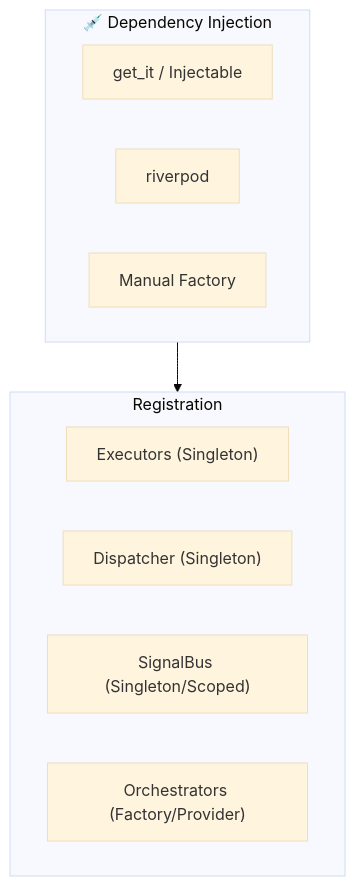
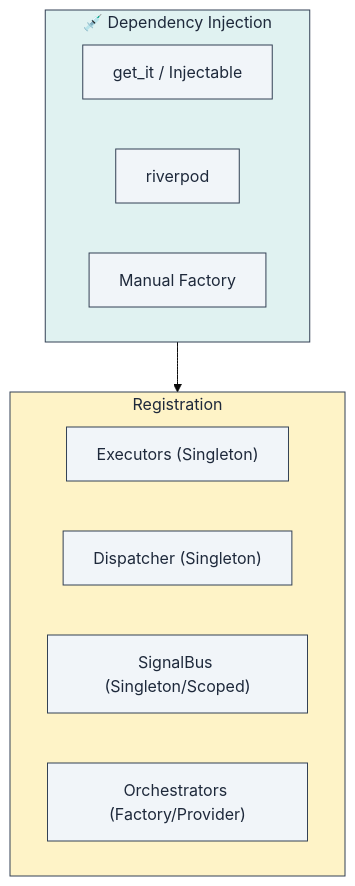
Before and after one commit to lploc94/flutter_orchestrator: the eighth of 14 diagrams in book/chapters/07_best_practices.md, drawn with Mermaid (base theme). The commit also changed other lines of this file and 4 other files, not shown here.

````diff
--- a/book/chapters/07_best_practices.md
+++ b/book/chapters/07_best_practices.md
@@ -199,17 +249,27 @@
 ```mermaid
 graph TB
     subgraph DI["💉 Dependency Injection"]
         GetIt["get_it / Injectable"]
         Riverpod["riverpod"]
         Manual["Manual Factory"]
     end
     
     subgraph Registration["Registration"]
         Exec["Executors (Singleton)"]
         Disp["Dispatcher (Singleton)"]
         Bus["SignalBus (Singleton/Scoped)"]
         Orch["Orchestrators (Factory/Provider)"]
     end
     
     DI --> Registration
+    
+    style DI fill:#e0f2f1,stroke:#334155,color:#1e293b
+    style Registration fill:#fef3c7,stroke:#334155,color:#1e293b
+    style GetIt fill:#f1f5f9,stroke:#334155,color:#1e293b
+    style Riverpod fill:#f1f5f9,stroke:#334155,color:#1e293b
+    style Manual fill:#f1f5f9,stroke:#334155,color:#1e293b
+    style Exec fill:#f1f5f9,stroke:#334155,color:#1e293b
+    style Disp fill:#f1f5f9,stroke:#334155,color:#1e293b
+    style Bus fill:#f1f5f9,stroke:#334155,color:#1e293b
+    style Orch fill:#f1f5f9,stroke:#334155,color:#1e293b
 ```
````
